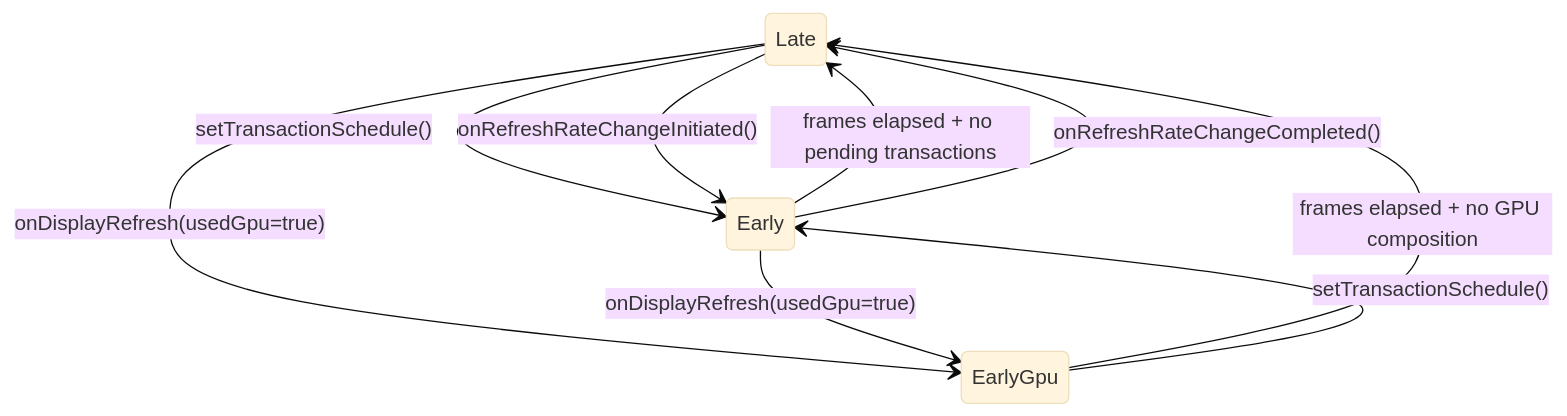
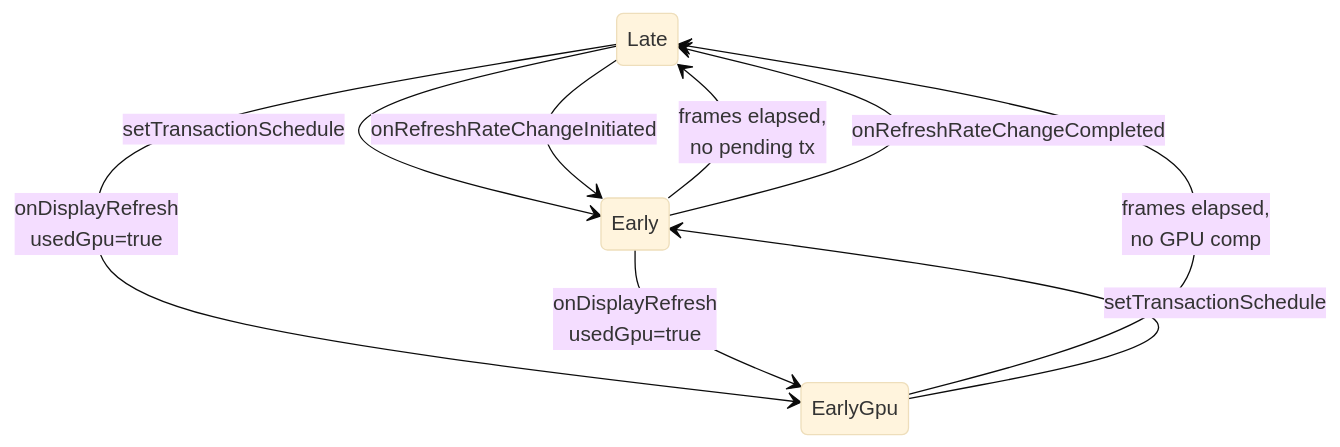
Diagram 13 of 42 in 24-display-system.md (fwrite0920/aosp-internal-book), drawn with Mermaid (base theme) before and after one commit. The commit also changed other lines of this file and 6 other files, not shown here.

First line of the commit message:
Fix Mermaid diagrams and formatting in Parts V-VI (chapters 18-25)

````diff
--- a/24-display-system.md
+++ b/24-display-system.md
@@ -1051,11 +1051,11 @@
 ```mermaid
 stateDiagram-v2
-    Late --> Early : setTransactionSchedule()
-    Late --> EarlyGpu : onDisplayRefresh(usedGpu=true)
-    Early --> Late : frames elapsed + no pending transactions
-    EarlyGpu --> Late : frames elapsed + no GPU composition
-    Early --> EarlyGpu : onDisplayRefresh(usedGpu=true)
-    EarlyGpu --> Early : setTransactionSchedule()
-    Late --> Early : onRefreshRateChangeInitiated()
-    Early --> Late : onRefreshRateChangeCompleted()
+    Late --> Early : setTransactionSchedule
+    Early --> Late : frames elapsed,<br/>no pending tx
+    Late --> EarlyGpu : onDisplayRefresh<br/>usedGpu=true
+    EarlyGpu --> Late : frames elapsed,<br/>no GPU comp
+    Early --> EarlyGpu : onDisplayRefresh<br/>usedGpu=true
+    EarlyGpu --> Early : setTransactionSchedule
+    Late --> Early : onRefreshRateChangeInitiated
+    Early --> Late : onRefreshRateChangeCompleted
 ```
````
